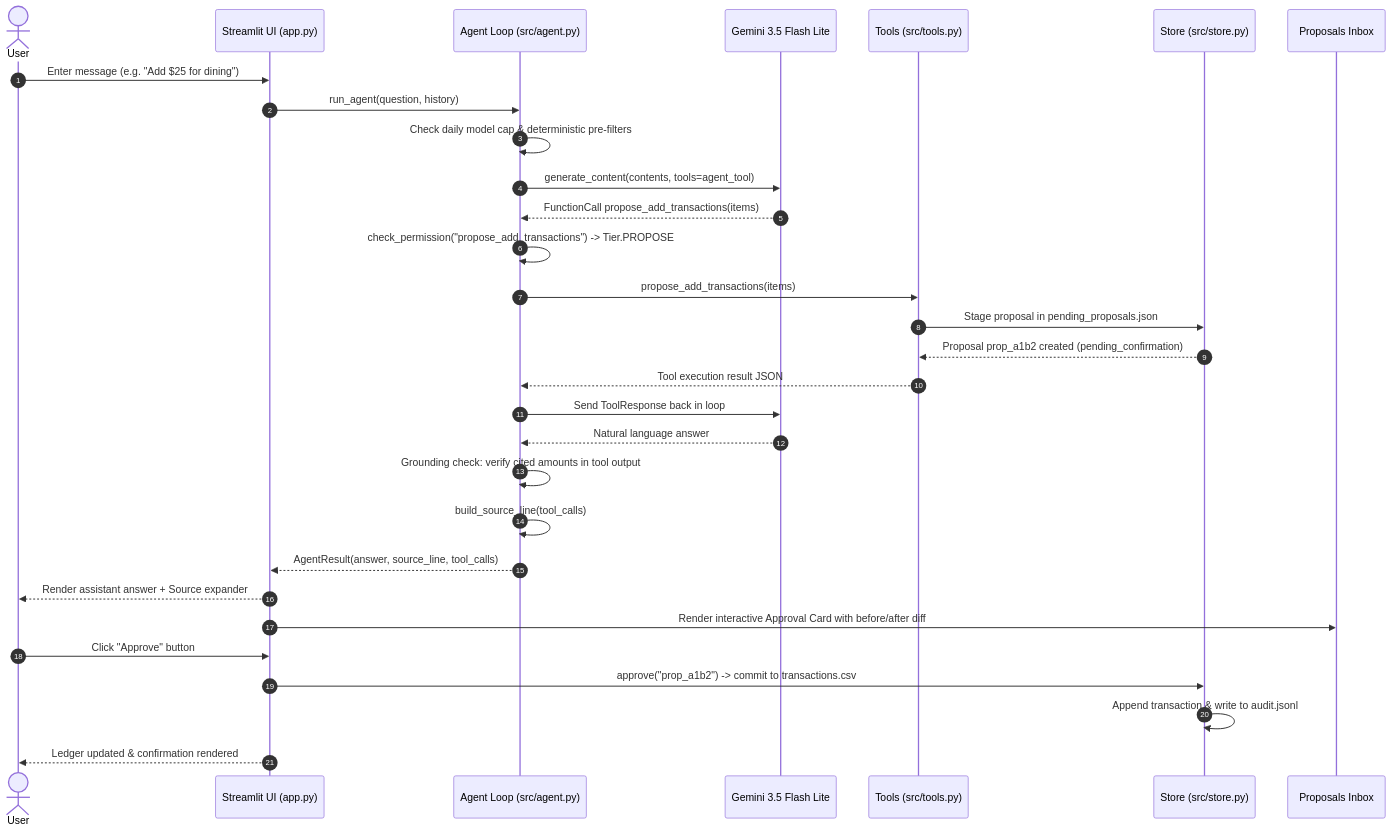
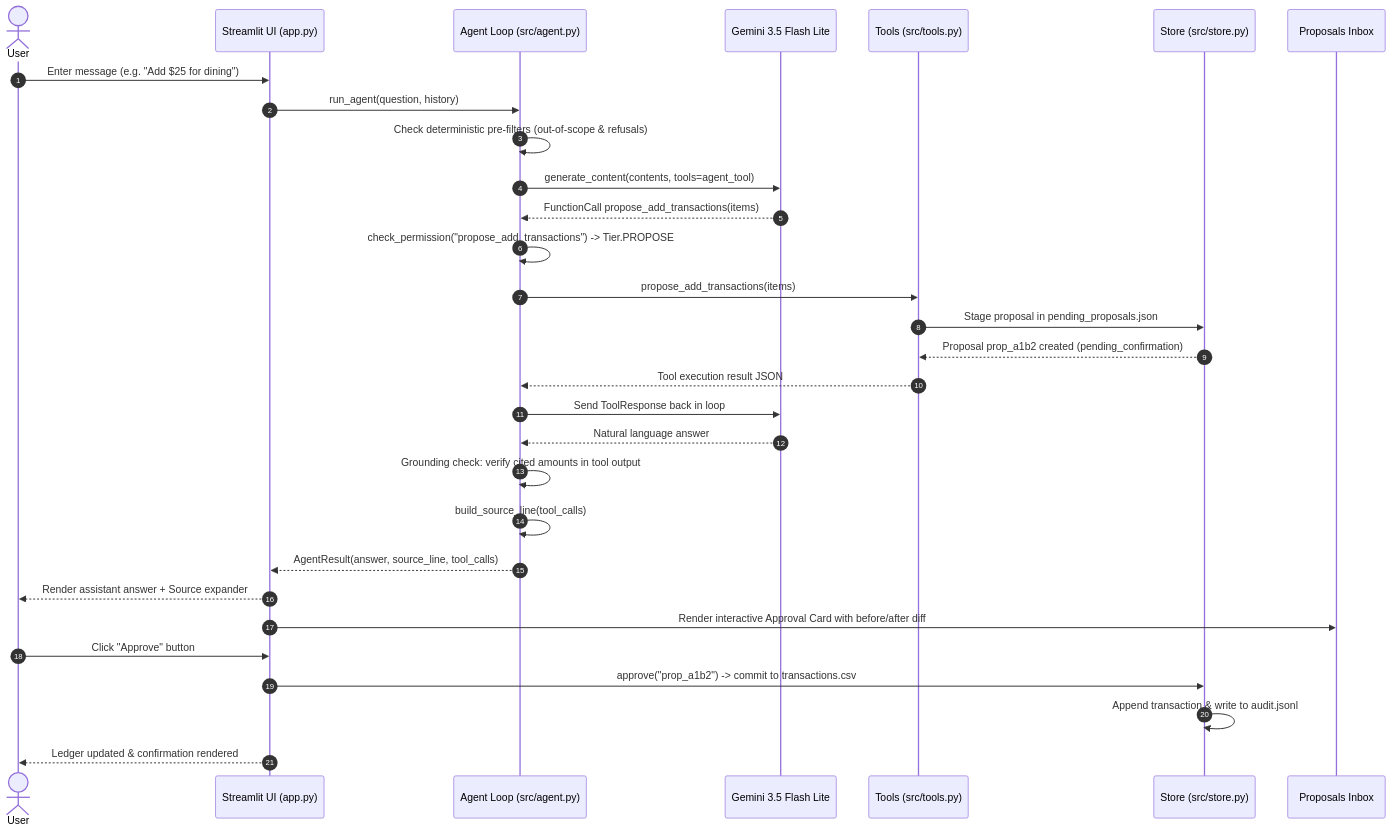
Before and after one commit to 2402148-Rishad/ai-personal-finance-assistant: the second of 2 diagrams in finance_agent/docs/TECHNICAL.md, drawn with Mermaid. The commit also changed other lines of this file, not shown here.

````diff
--- a/finance_agent/docs/TECHNICAL.md
+++ b/finance_agent/docs/TECHNICAL.md
@@ -69,33 +69,33 @@
 ```mermaid
 sequenceDiagram
     autonumber
     actor User
     participant UI as Streamlit UI (app.py)
     participant Agent as Agent Loop (src/agent.py)
     participant Model as Gemini 3.5 Flash Lite
     participant Tools as Tools (src/tools.py)
     participant Store as Store (src/store.py)
     participant Inbox as Proposals Inbox
 
     User->>UI: Enter message (e.g. "Add $25 for dining")
     UI->>Agent: run_agent(question, history)
-    Agent->>Agent: Check daily model cap & deterministic pre-filters
+    Agent->>Agent: Check deterministic pre-filters (out-of-scope & refusals)
     Agent->>Model: generate_content(contents, tools=agent_tool)
     Model-->>Agent: FunctionCall propose_add_transactions(items)
     Agent->>Agent: check_permission("propose_add_transactions") -> Tier.PROPOSE
     Agent->>Tools: propose_add_transactions(items)
     Tools->>Store: Stage proposal in pending_proposals.json
     Store-->>Tools: Proposal prop_a1b2 created (pending_confirmation)
     Tools-->>Agent: Tool execution result JSON
     Agent->>Model: Send ToolResponse back in loop
     Model-->>Agent: Natural language answer
     Agent->>Agent: Grounding check: verify cited amounts in tool output
     Agent->>Agent: build_source_line(tool_calls)
     Agent-->>UI: AgentResult(answer, source_line, tool_calls)
     UI-->>User: Render assistant answer + Source expander
     UI->>Inbox: Render interactive Approval Card with before/after diff
     User->>UI: Click "Approve" button
     UI->>Store: approve("prop_a1b2") -> commit to transactions.csv
     Store->>Store: Append transaction & write to audit.jsonl
     UI-->>User: Ledger updated & confirmation rendered
 ```
````
